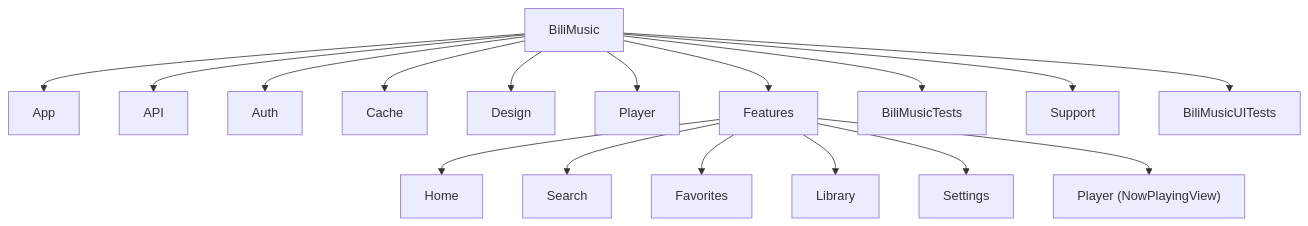
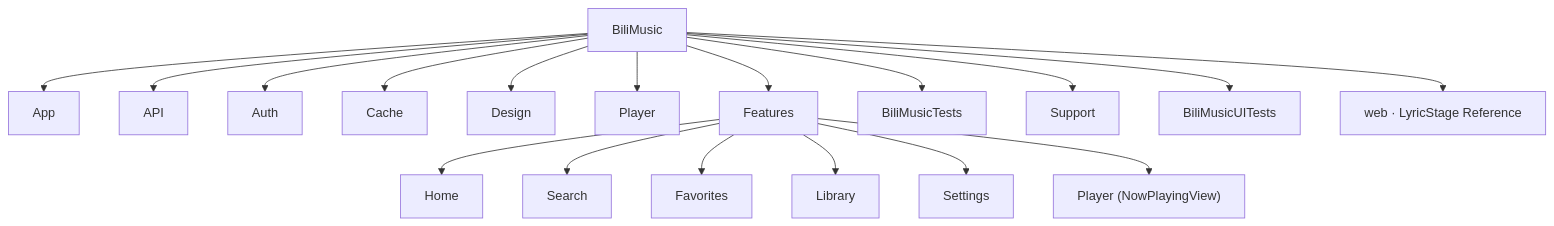
Before and after one commit to YOUYUDAWANG/bili-music: the diagram in CLAUDE.md, drawn with Mermaid. The commit also changed other lines of this file and 169 other files, not shown here.

First line of the commit message:
feat: add LyricStage web platform and YTM companion

````diff
--- a/CLAUDE.md
+++ b/CLAUDE.md
@@ -93,32 +93,33 @@
 ```mermaid
 graph TD
     A["BiliMusic"] --> B["App"];
     A --> C["API"];
     A --> D["Auth"];
     A --> E["Cache"];
     A --> F["Design"];
     A --> G["Player"];
     A --> H["Features"];
     H --> I["Home"];
     H --> J["Search"];
     H --> K["Favorites"];
     H --> L["Library"];
     H --> M["Settings"];
     H --> N["Player (NowPlayingView)"];
     A --> O["BiliMusicTests"];
     A --> P["Support"];
     A --> Q["BiliMusicUITests"];
+    A --> R["web · LyricStage Reference"];
 
     click B "./BiliMusic/App/CLAUDE.md" "App"
     click C "./BiliMusic/API/CLAUDE.md" "API"
     click D "./BiliMusic/Auth/CLAUDE.md" "Auth"
     click E "./BiliMusic/Cache/CLAUDE.md" "Cache"
     click F "./BiliMusic/Design/CLAUDE.md" "Design"
     click G "./BiliMusic/Player/CLAUDE.md" "Player"
     click I "./BiliMusic/Features/Home/CLAUDE.md" "Home"
     click J "./BiliMusic/Features/Search/CLAUDE.md" "Search"
     click K "./BiliMusic/Features/Favorites/CLAUDE.md" "Favorites"
     click L "./BiliMusic/Features/Library/CLAUDE.md" "Library"
     click M "./BiliMusic/Features/Settings/CLAUDE.md" "Settings"
     click N "./BiliMusic/Features/Player/CLAUDE.md" "NowPlaying"
 ```
````
